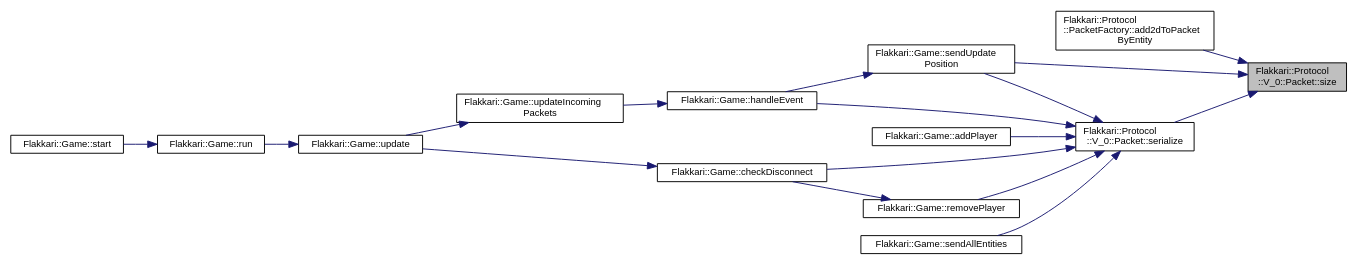
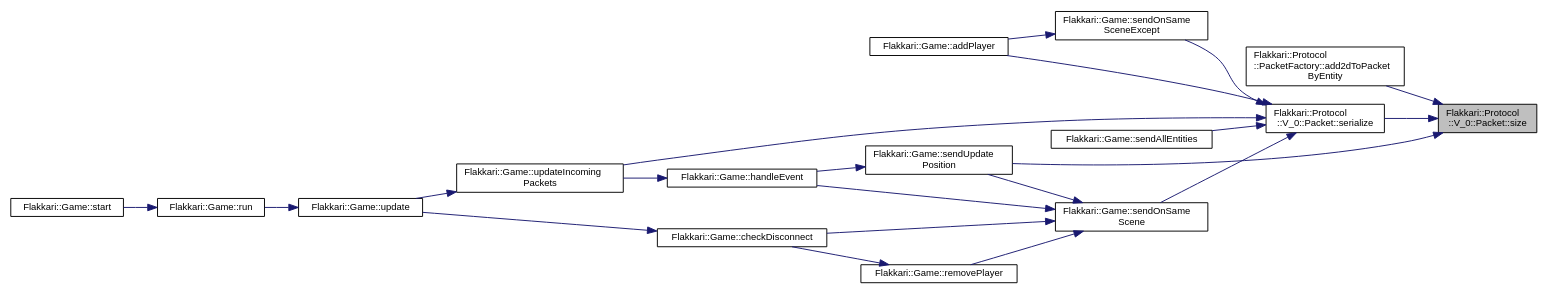
The diagram in de/d9d/structFlakkari_1_1Protocol_1_1V__0_1_1Packet_a276e50236c57dae9372b0acd2878b845_icgraph.dot (MasterLaplace/flakkari), drawn with Graphviz before and after one commit. The commit also changed 311 other files, not shown here.

```diff
--- a/de/d9d/structFlakkari_1_1Protocol_1_1V__0_1_1Packet_a276e50236c57dae9372b0acd2878b845_icgraph.dot
+++ b/de/d9d/structFlakkari_1_1Protocol_1_1V__0_1_1Packet_a276e50236c57dae9372b0acd2878b845_icgraph.dot
@@ -1,36 +1,42 @@
 digraph "Flakkari::Protocol::V_0::Packet::size"
 {
  // LATEX_PDF_SIZE
   edge [fontname="Helvetica",fontsize="10",labelfontname="Helvetica",labelfontsize="10"];
   node [fontname="Helvetica",fontsize="10",shape=record];
   rankdir="RL";
   Node1 [label="Flakkari::Protocol\l::V_0::Packet::size",height=0.2,width=0.4,color="black", fillcolor="grey75", style="filled", fontcolor="black",tooltip=" "];
   Node1 -> Node2 [dir="back",color="midnightblue",fontsize="10",style="solid",fontname="Helvetica"];
   Node2 [label="Flakkari::Protocol\l::PacketFactory::add2dToPacket\lByEntity",height=0.2,width=0.4,color="black", fillcolor="white", style="filled",URL="$d7/d06/classFlakkari_1_1Protocol_1_1PacketFactory.html#aa31054ac0397e1a5cc48aa0575a5829b",tooltip="Add all the 2D components of an entity to a packet."];
   Node1 -> Node3 [dir="back",color="midnightblue",fontsize="10",style="solid",fontname="Helvetica"];
   Node3 [label="Flakkari::Game::sendUpdate\lPosition",height=0.2,width=0.4,color="black", fillcolor="white", style="filled",URL="$dd/ddd/classFlakkari_1_1Game.html#a8e5f89903143da411e93437932a310dd",tooltip="Send a packet to a player."];
   Node3 -> Node4 [dir="back",color="midnightblue",fontsize="10",style="solid",fontname="Helvetica"];
   Node4 [label="Flakkari::Game::handleEvent",height=0.2,width=0.4,color="black", fillcolor="white", style="filled",URL="$dd/ddd/classFlakkari_1_1Game.html#ab9a93d80ef12ab3b1af69201cce681d0",tooltip="Handle an event from a player."];
   Node4 -> Node5 [dir="back",color="midnightblue",fontsize="10",style="solid",fontname="Helvetica"];
   Node5 [label="Flakkari::Game::updateIncoming\lPackets",height=0.2,width=0.4,color="black", fillcolor="white", style="filled",URL="$dd/ddd/classFlakkari_1_1Game.html#a53f86f8b71e686405dfa5be3b6ee67bf",tooltip="Empty the incoming packets of the players and update the game with the new packets."];
   Node5 -> Node6 [dir="back",color="midnightblue",fontsize="10",style="solid",fontname="Helvetica"];
   Node6 [label="Flakkari::Game::update",height=0.2,width=0.4,color="black", fillcolor="white", style="filled",URL="$dd/ddd/classFlakkari_1_1Game.html#aa3fb1b7dc6a9c7e9177242a37bf3339f",tooltip="Update the game. This function is called every frame."];
   Node6 -> Node7 [dir="back",color="midnightblue",fontsize="10",style="solid",fontname="Helvetica"];
   Node7 [label="Flakkari::Game::run",height=0.2,width=0.4,color="black", fillcolor="white", style="filled",URL="$dd/ddd/classFlakkari_1_1Game.html#a9372052fa595db8fe17f12e71dcee676",tooltip="Run the game. This function is called when the game is started. It will run the game loop."];
   Node7 -> Node8 [dir="back",color="midnightblue",fontsize="10",style="solid",fontname="Helvetica"];
   Node8 [label="Flakkari::Game::start",height=0.2,width=0.4,color="black", fillcolor="white", style="filled",URL="$dd/ddd/classFlakkari_1_1Game.html#af4062192215ec0e249ad0929e17ac4e0",tooltip="Start the game. This function is called when the game is launched. It will start the game loop."];
   Node1 -> Node9 [dir="back",color="midnightblue",fontsize="10",style="solid",fontname="Helvetica"];
   Node9 [label="Flakkari::Protocol\l::V_0::Packet::serialize",height=0.2,width=0.4,color="black", fillcolor="white", style="filled",URL="$de/d9d/structFlakkari_1_1Protocol_1_1V__0_1_1Packet.html#a189dc3d94e199fd788d2d47861a5a0e5",tooltip="Serialize the packet into a buffer to be sent over the network."];
   Node9 -> Node10 [dir="back",color="midnightblue",fontsize="10",style="solid",fontname="Helvetica"];
   Node10 [label="Flakkari::Game::addPlayer",height=0.2,width=0.4,color="black", fillcolor="white", style="filled",URL="$dd/ddd/classFlakkari_1_1Game.html#af6c26cbc78463602195197dc3709ce08",tooltip="Add a player to the game instance."];
   Node9 -> Node11 [dir="back",color="midnightblue",fontsize="10",style="solid",fontname="Helvetica"];
-  Node11 [label="Flakkari::Game::checkDisconnect",height=0.2,width=0.4,color="black", fillcolor="white", style="filled",URL="$dd/ddd/classFlakkari_1_1Game.html#aac2a90cc3ac31b5e674881b040e4d2a0",tooltip="Check if a player is disconnected."];
-  Node11 -> Node6 [dir="back",color="midnightblue",fontsize="10",style="solid",fontname="Helvetica"];
-  Node9 -> Node4 [dir="back",color="midnightblue",fontsize="10",style="solid",fontname="Helvetica"];
+  Node11 [label="Flakkari::Game::sendAllEntities",height=0.2,width=0.4,color="black", fillcolor="white", style="filled",URL="$dd/ddd/classFlakkari_1_1Game.html#aaad0a70892d4039c74530326fe398d96",tooltip=" "];
   Node9 -> Node12 [dir="back",color="midnightblue",fontsize="10",style="solid",fontname="Helvetica"];
-  Node12 [label="Flakkari::Game::removePlayer",height=0.2,width=0.4,color="black", fillcolor="white", style="filled",URL="$dd/ddd/classFlakkari_1_1Game.html#a223cb1b29ff76b417f493a3c74144160",tooltip="Remove a player from the game instance."];
-  Node12 -> Node11 [dir="back",color="midnightblue",fontsize="10",style="solid",fontname="Helvetica"];
-  Node9 -> Node13 [dir="back",color="midnightblue",fontsize="10",style="solid",fontname="Helvetica"];
-  Node13 [label="Flakkari::Game::sendAllEntities",height=0.2,width=0.4,color="black", fillcolor="white", style="filled",URL="$dd/ddd/classFlakkari_1_1Game.html#aaad0a70892d4039c74530326fe398d96",tooltip=" "];
-  Node9 -> Node3 [dir="back",color="midnightblue",fontsize="10",style="solid",fontname="Helvetica"];
+  Node12 [label="Flakkari::Game::sendOnSame\lScene",height=0.2,width=0.4,color="black", fillcolor="white", style="filled",URL="$dd/ddd/classFlakkari_1_1Game.html#a049bba6f759cc1f72ed3ae6cbd14804f",tooltip=" "];
+  Node12 -> Node13 [dir="back",color="midnightblue",fontsize="10",style="solid",fontname="Helvetica"];
+  Node13 [label="Flakkari::Game::checkDisconnect",height=0.2,width=0.4,color="black", fillcolor="white", style="filled",URL="$dd/ddd/classFlakkari_1_1Game.html#aac2a90cc3ac31b5e674881b040e4d2a0",tooltip="Check if a player is disconnected."];
+  Node13 -> Node6 [dir="back",color="midnightblue",fontsize="10",style="solid",fontname="Helvetica"];
+  Node12 -> Node4 [dir="back",color="midnightblue",fontsize="10",style="solid",fontname="Helvetica"];
+  Node12 -> Node14 [dir="back",color="midnightblue",fontsize="10",style="solid",fontname="Helvetica"];
+  Node14 [label="Flakkari::Game::removePlayer",height=0.2,width=0.4,color="black", fillcolor="white", style="filled",URL="$dd/ddd/classFlakkari_1_1Game.html#a223cb1b29ff76b417f493a3c74144160",tooltip="Remove a player from the game instance."];
+  Node14 -> Node13 [dir="back",color="midnightblue",fontsize="10",style="solid",fontname="Helvetica"];
+  Node12 -> Node3 [dir="back",color="midnightblue",fontsize="10",style="solid",fontname="Helvetica"];
+  Node9 -> Node15 [dir="back",color="midnightblue",fontsize="10",style="solid",fontname="Helvetica"];
+  Node15 [label="Flakkari::Game::sendOnSame\lSceneExcept",height=0.2,width=0.4,color="black", fillcolor="white", style="filled",URL="$dd/ddd/classFlakkari_1_1Game.html#aad2da6e3812a3e756753375a6fa7894b",tooltip=" "];
+  Node15 -> Node10 [dir="back",color="midnightblue",fontsize="10",style="solid",fontname="Helvetica"];
+  Node9 -> Node5 [dir="back",color="midnightblue",fontsize="10",style="solid",fontname="Helvetica"];
 }
```
